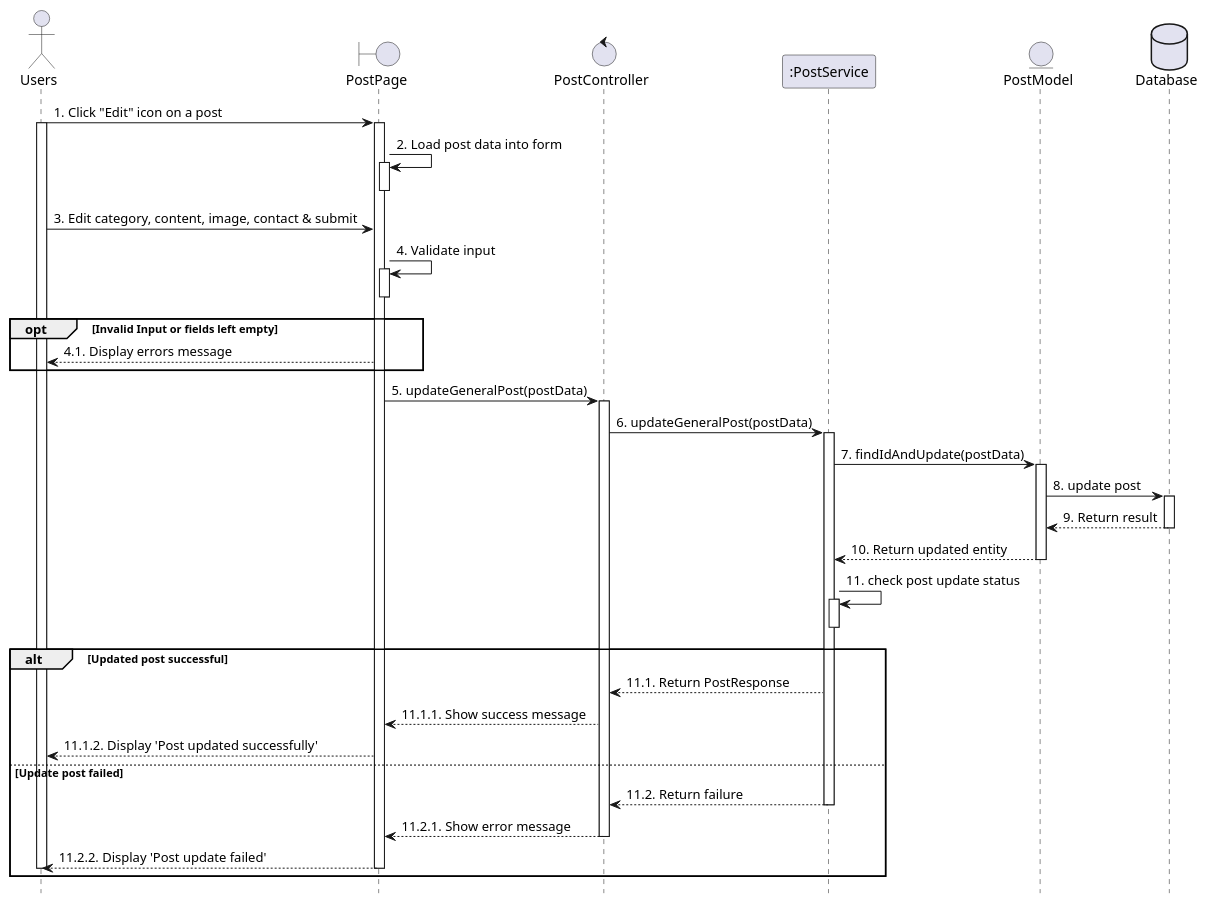
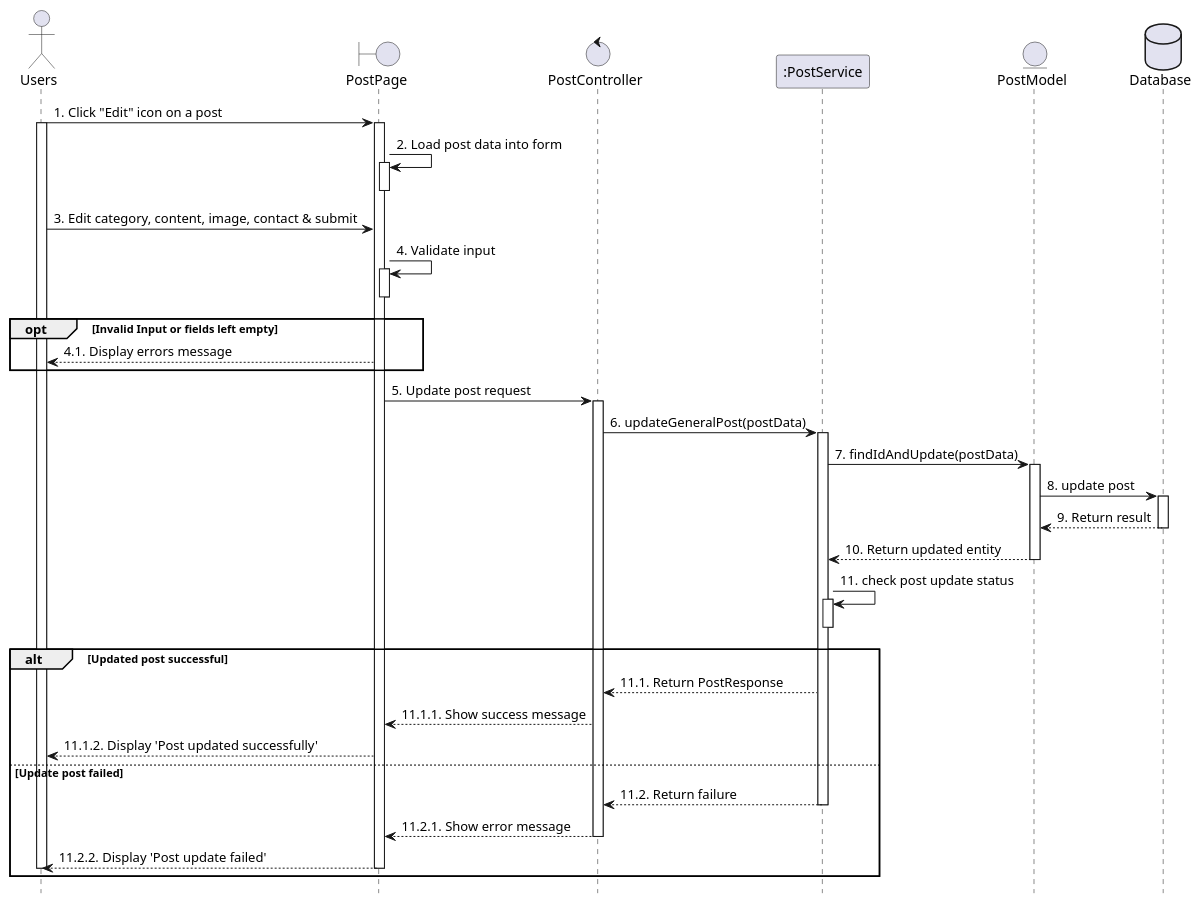
The diagram in planuml/web/86_updatePost.puml (VietDurian/VietDurian), drawn with PlantUML before and after one commit. The commit also changed 33 other files, not shown here.

```diff
--- a/planuml/web/86_updatePost.puml
+++ b/planuml/web/86_updatePost.puml
@@ -1,64 +1,64 @@
 @startuml 86_updatePost
 hide footbox
 
 actor User as "Users" 
 boundary PostPage as View
 control "PostController" as Controller
 participant ":PostService" as Service
 entity "PostModel" as Model
 database Database as Database
 
 User -> View : 1. Click "Edit" icon on a post
 activate View
 activate User
 View -> View : 2. Load post data into form
 activate View
 deactivate View
 
 User -> View : 3. Edit category, content, image, contact & submit
 View -> View : 4. Validate input
 activate View
 deactivate View
 opt Invalid Input or fields left empty
     View --> User : 4.1. Display errors message
 end
 
-View -> Controller : 5. updateGeneralPost(postData)
+View -> Controller : 5. Update post request
 activate Controller
 
 Controller -> Service : 6. updateGeneralPost(postData)
 activate Service
 
 Service -> Model : 7. findIdAndUpdate(postData)
 activate Model
 
 Model -> Database : 8. update post
 activate Database
 Database --> Model : 9. Return result
 deactivate Database
 
 Model --> Service : 10. Return updated entity
 deactivate Model
 
 Service -> Service : 11. check post update status
 activate Service
 deactivate Service
 
 alt Updated post successful
     Service --> Controller : 11.1. Return PostResponse
 
     Controller --> View : 11.1.1. Show success message
 
     View --> User : 11.1.2. Display 'Post updated successfully'
 else Update post failed
     Service --> Controller : 11.2. Return failure
     deactivate Service
 
     Controller --> View : 11.2.1. Show error message
     deactivate Controller
 
     View --> User : 11.2.2. Display 'Post update failed'
     deactivate View
     deactivate User
 end
 @enduml
```
